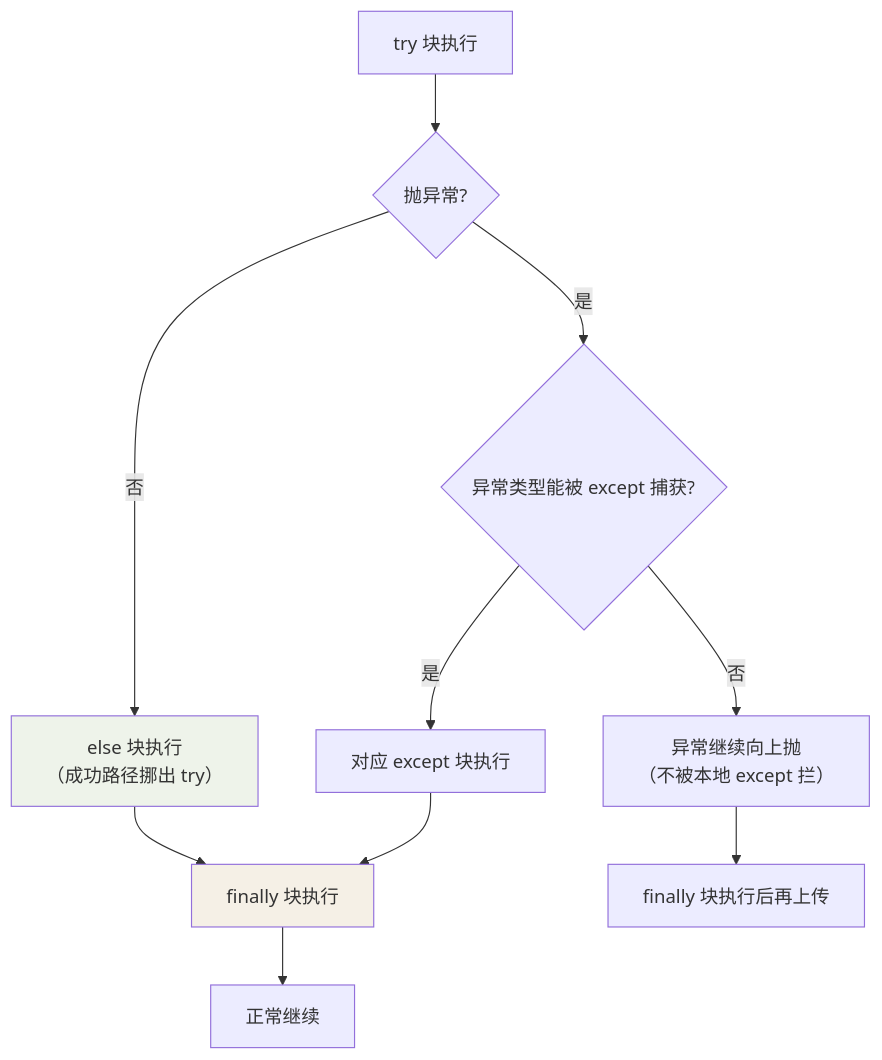
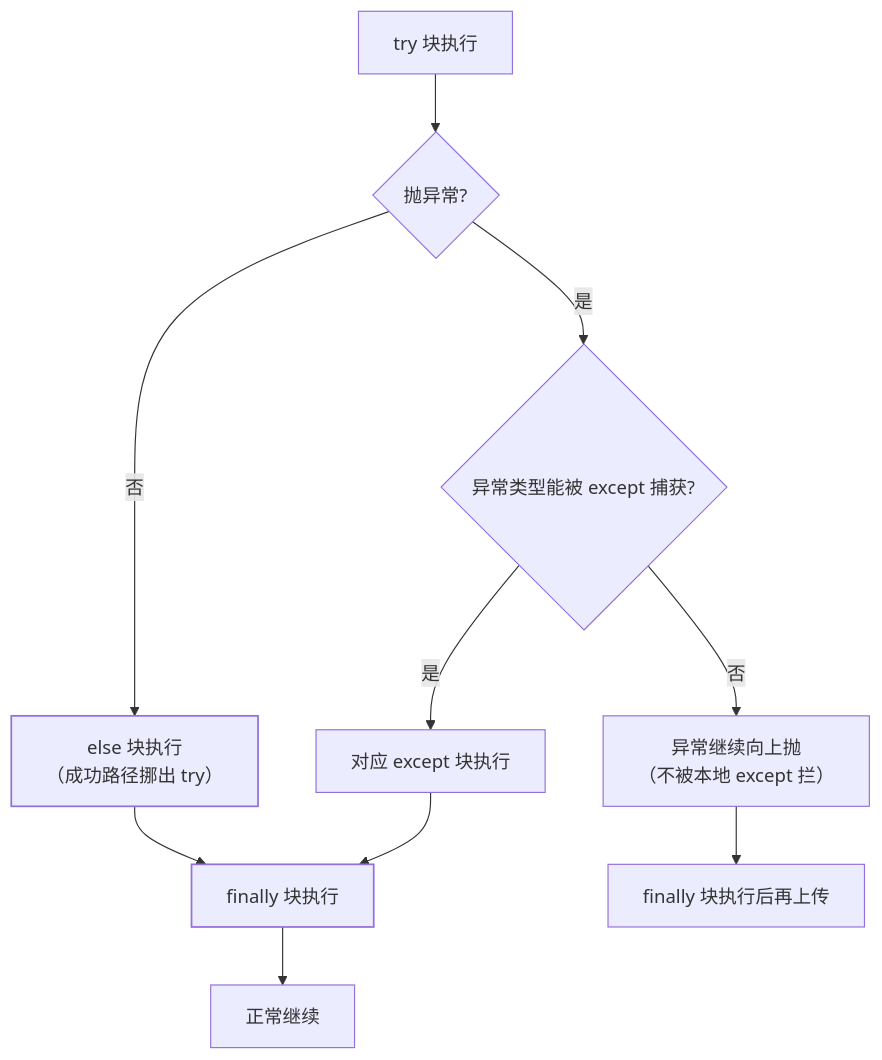
The first of 2 diagrams in src/content/docs/python/basic/syntax/04-exceptions.md (Loadhao/ascension), drawn with Mermaid before and after one commit. The commit also changed other lines of this file and 87 other files, not shown here.

First line of the commit message:
fix: 全站图表配色改由主题接管，修复暗色主题下浅底浅字看不清

````diff
--- a/src/content/docs/python/basic/syntax/04-exceptions.md
+++ b/src/content/docs/python/basic/syntax/04-exceptions.md
@@ -13,14 +13,16 @@
 ```mermaid
 flowchart TD
     T["try 块执行"] --> B{"抛异常?"}
     B -- 否 --> E["else 块执行<br/>（成功路径挪出 try）"]
     B -- 是 --> C{"异常类型能被 except 捕获?"}
     C -- 是 --> H["对应 except 块执行"]
     C -- 否 --> N["异常继续向上抛<br/>（不被本地 except 拦）"]
     E --> F["finally 块执行<br/>【无论结果如何】"]
     H --> F["finally 块执行"]
     N --> F2["finally 块执行后再上传"]
     F --> D["正常继续"]
-    style F fill:#f5f0e6
-    style E fill:#eef3ea
+    class F hl
+    class E good
+    classDef hl stroke-width:1.5px
+    classDef good stroke-width:1.5px
 ```
````
